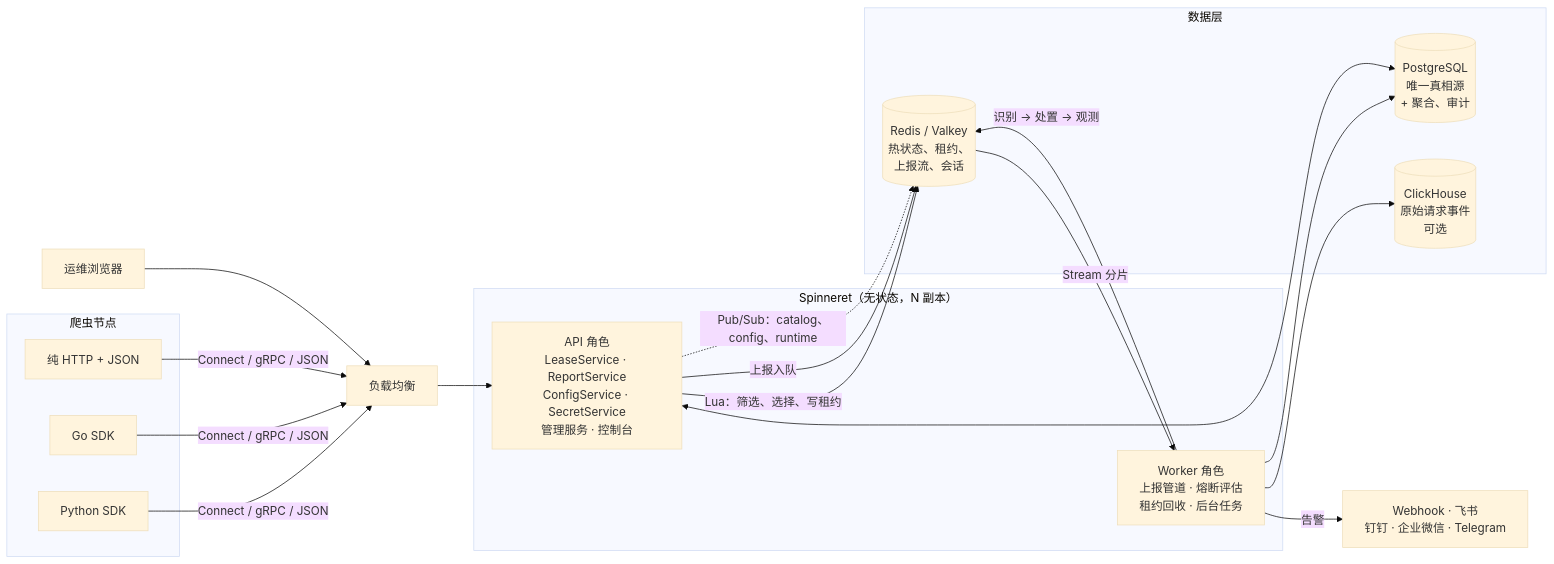
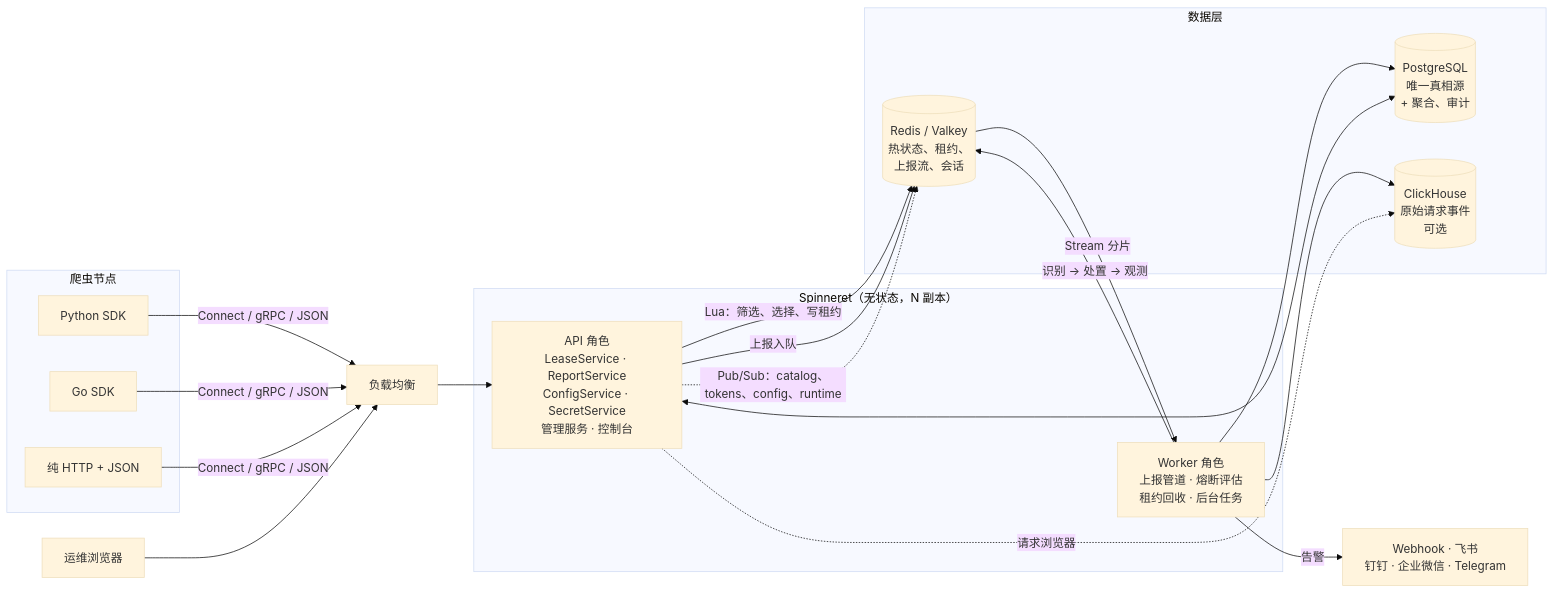
The diagram in README.zh-CN.md (TikHub/Spinneret), drawn with Mermaid (base theme) before and after one commit. The commit also changed other lines of this file and 695 other files, not shown here.

````diff
--- a/README.zh-CN.md
+++ b/README.zh-CN.md
@@ -70,32 +71,33 @@
 ```mermaid
 flowchart LR
     subgraph nodes["爬虫节点"]
         PY["Python SDK"]
         GO["Go SDK"]
         HTTP["纯 HTTP + JSON"]
     end
 
     subgraph plane["Spinneret（无状态，N 副本）"]
         API["API 角色<br/>LeaseService · ReportService<br/>ConfigService · SecretService<br/>管理服务 · 控制台"]
         WRK["Worker 角色<br/>上报管道 · 熔断评估<br/>租约回收 · 后台任务"]
     end
 
     subgraph data["数据层"]
         RD[("Redis / Valkey<br/>热状态、租约、<br/>上报流、会话")]
         PG[("PostgreSQL<br/>唯一真相源<br/>+ 聚合、审计")]
         CH[("ClickHouse<br/>原始请求事件<br/>可选")]
     end
 
     PY & GO & HTTP -->|Connect / gRPC / JSON| LB["负载均衡"]
     LB --> API
     API -->|"Lua：筛选、选择、写租约"| RD
     API -->|"上报入队"| RD
     RD -->|"Stream 分片"| WRK
     WRK -->|"识别 → 处置 → 观测"| RD
     WRK --> PG
     WRK --> CH
     API <--> PG
-    API -.->|"Pub/Sub：catalog、config、runtime"| RD
+    API -.->|"请求浏览器"| CH
+    API -.->|"Pub/Sub：catalog、tokens、config、runtime"| RD
     WRK -->|告警| NOTIFY["Webhook · 飞书<br/>钉钉 · 企业微信 · Telegram"]
     BROWSER["运维浏览器"] --> LB
 ```
````
